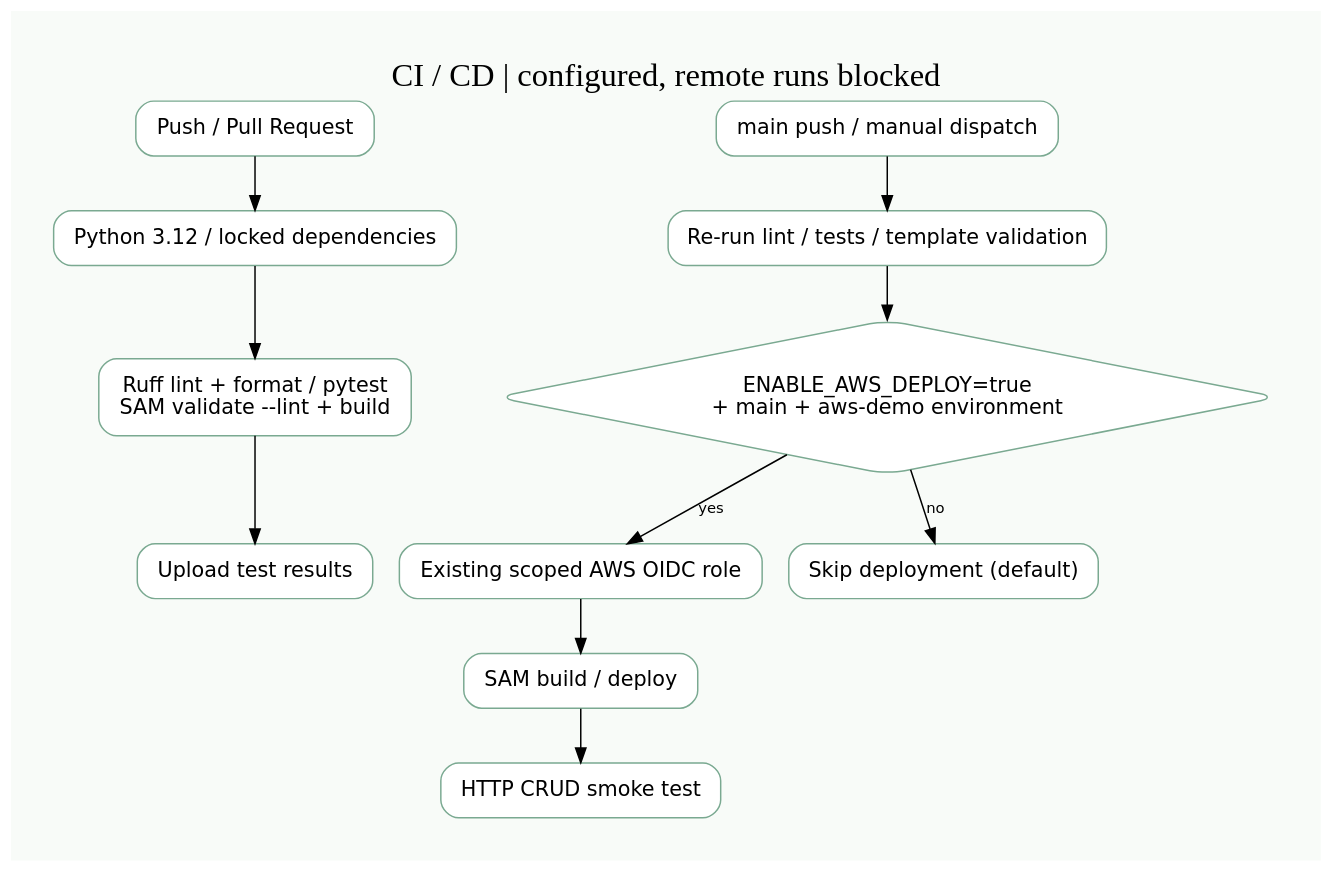
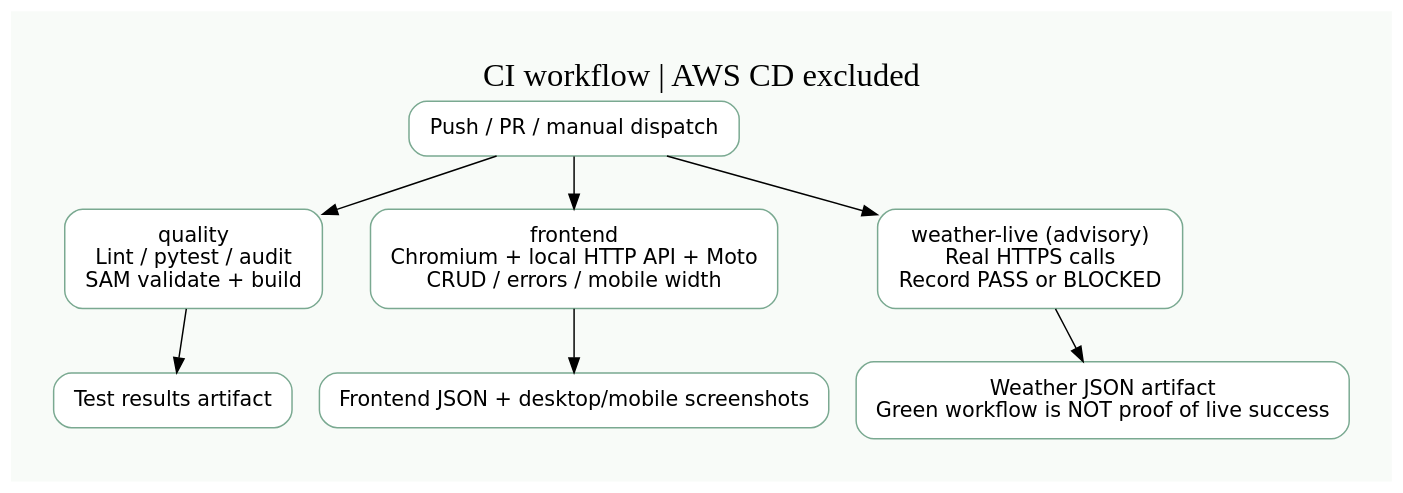
Before and after one commit to EricYang938/cathay-cloud-backend-assessment: the diagram in docs/cicd.dot, drawn with Graphviz. The commit also changed 31 other files, not shown here.

Commit message:
fix: complete local assessment workflow without AWS deployment

```diff
--- a/docs/cicd.dot
+++ b/docs/cicd.dot
@@ -1,25 +1,17 @@
 digraph G {
-      graph [rankdir=TB, bgcolor="#f8fbf8", pad="0.4",
-             label="CI / CD | configured, remote runs blocked",
-             labelloc=t, fontsize=22];
-      node [shape=box, style="rounded,filled", fillcolor=white, color="#7aa991",
-            fontname="DejaVu Sans",
-            margin="0.2,0.15"];
-      edge [fontname="DejaVu Sans", fontsize=10];
-      push [label="Push / Pull Request"];
-      install [label="Python 3.12 / locked dependencies"];
-      checks [label="Ruff lint + format / pytest\nSAM validate --lint + build"];
-      artifacts [label="Upload test results"];
-      deploytrigger [label="main push / manual dispatch"];
-      verify [label="Re-run lint / tests / template validation"];
-      gate [shape=diamond,label="ENABLE_AWS_DEPLOY=true\n+ main + aws-demo environment"];
-      oidc [label="Existing scoped AWS OIDC role"];
-      deploy [label="SAM build / deploy"];
-      smoke [label="HTTP CRUD smoke test"];
-      push -> install -> checks -> artifacts;
-      deploytrigger -> verify -> gate;
-      gate -> oidc [label="yes"];
-      oidc -> deploy -> smoke;
-      skip [label="Skip deployment (default)"];
-      gate -> skip [label="no"];
+      graph [rankdir=TB,bgcolor="#f8fbf8",pad="0.4",fontsize=22,
+             label="CI workflow | AWS CD excluded",labelloc=t];
+      node [shape=box,style="rounded,filled",fillcolor=white,color="#7aa991",
+            fontname="DejaVu Sans",margin="0.2,0.15"];
+      edge [fontname="DejaVu Sans",fontsize=10];
+      trigger [label="Push / PR / manual dispatch"];
+      quality [label="quality\nLint / pytest / audit\nSAM validate + build"];
+      frontend [label="frontend\nChromium + local HTTP API + Moto\nCRUD / errors / mobile width"];
+      weather [label="weather-live (advisory)\nReal HTTPS calls\nRecord PASS or BLOCKED"];
+      results [label="Test results artifact"];
+      shots [label="Frontend JSON + desktop/mobile screenshots"];
+      live [label="Weather JSON artifact\nGreen workflow is NOT proof of live success"];
+      trigger -> quality -> results;
+      trigger -> frontend -> shots;
+      trigger -> weather -> live;
     }
```
